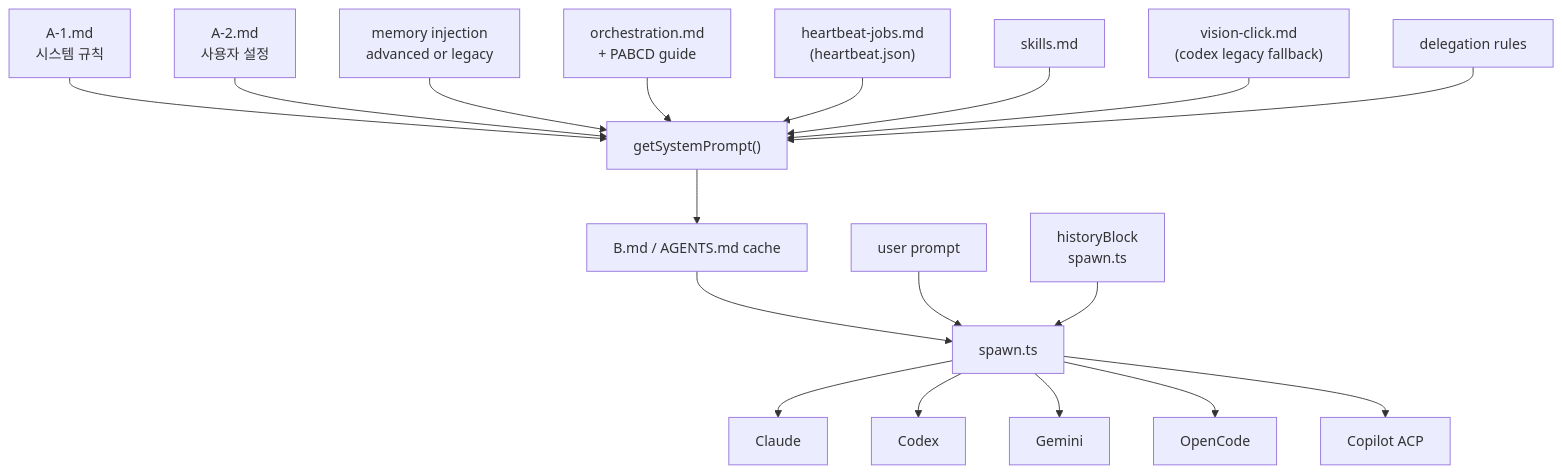
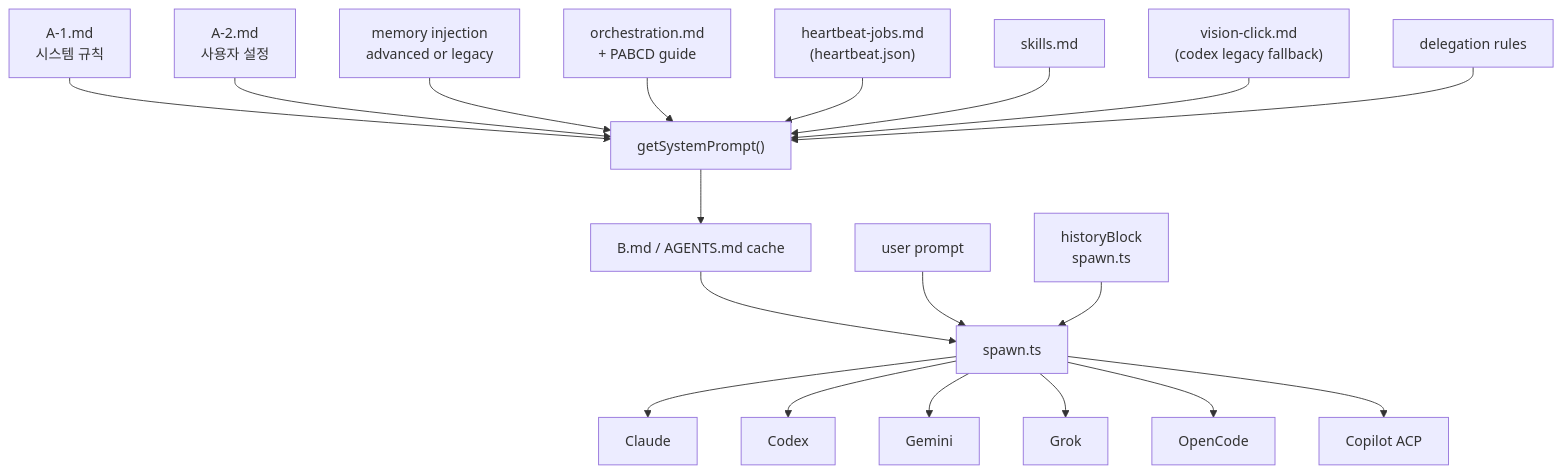
The diagram in structure/prompt_flow.md (HSKIMRobert/cli-jaw), drawn with Mermaid before and after one commit. The commit also changed other lines of this file and 18 other files, not shown here.

````diff
--- a/structure/prompt_flow.md
+++ b/structure/prompt_flow.md
@@ -17,20 +17,21 @@
 ```mermaid
 graph TD
     A1["A-1.md<br/>시스템 규칙"] --> SYS["getSystemPrompt()"]
     A2["A-2.md<br/>사용자 설정"] --> SYS
     MEM["memory injection<br/>advanced or legacy"] --> SYS
     ORC["orchestration.md<br/>+ PABCD guide"] --> SYS
     HB["heartbeat-jobs.md<br/>(heartbeat.json)"] --> SYS
     SK["skills.md"] --> SYS
     VC["vision-click.md<br/>(codex legacy fallback)"] --> SYS
     DEL["delegation rules"] --> SYS
     SYS --> B["B.md / AGENTS.md cache"]
     B --> SPAWN["spawn.ts"]
     USER["user prompt"] --> SPAWN
     HIST["historyBlock<br/>spawn.ts"] --> SPAWN
     SPAWN --> CLAUDE["Claude"]
     SPAWN --> CODEX["Codex"]
     SPAWN --> GEMINI["Gemini"]
+    SPAWN --> GROK["Grok"]
     SPAWN --> OPENCODE["OpenCode"]
     SPAWN --> COPILOT["Copilot ACP"]
 ```
````
